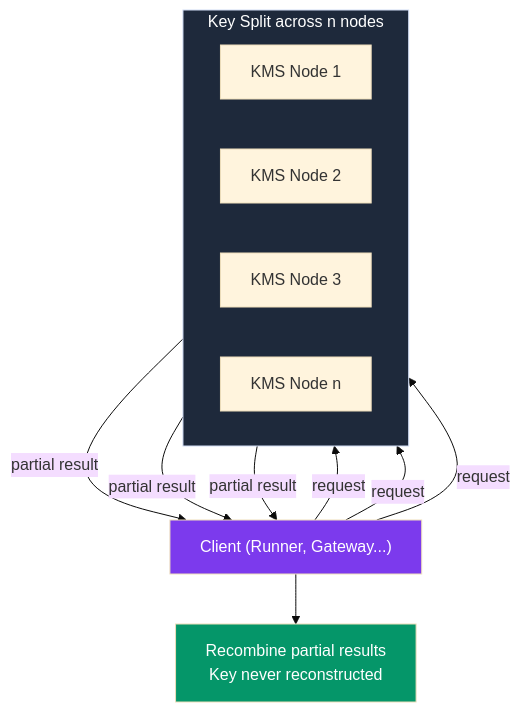
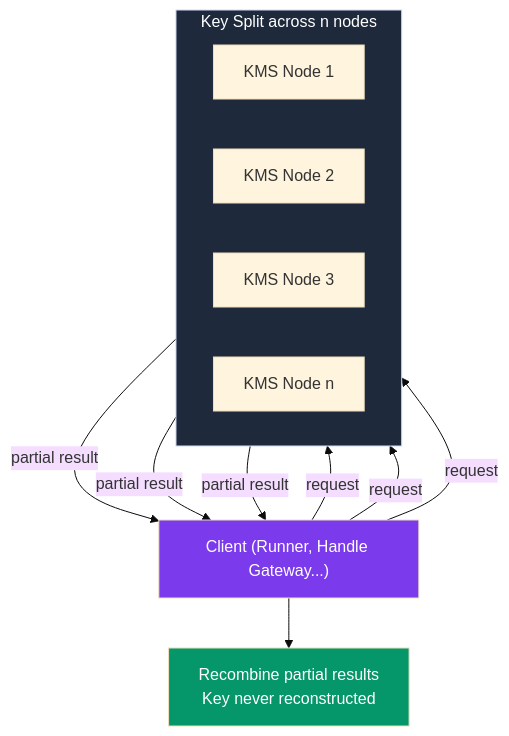
One commit to iExec-Nox/documentation changed the second of 5 diagrams in src/protocol/protocol-vision.md. Above: the diagram before and after it, drawn with Mermaid (base theme). The commit also changed other lines of this file and 11 other files, not shown here.

````diff
--- a/src/protocol/protocol-vision.md
+++ b/src/protocol/protocol-vision.md
@@ -111,26 +111,26 @@
 ```mermaid
 flowchart TB
     subgraph split ["Key Split across n nodes"]
         direction LR
         S1["KMS Node 1"]
         S2["KMS Node 2"]
         S3["KMS Node 3"]
         SN["KMS Node n"]
     end
 
-    Client["Client (Runner, Gateway...)"]
+    Client["Client (Runner, Handle Gateway...)"]
 
     Client --> |request| S1
     Client --> |request| S2
     Client --> |request| S3
 
     S1 --> |partial result| Client
     S2 --> |partial result| Client
     S3 --> |partial result| Client
 
     Client --> OUT["Recombine partial results<br/>Key never reconstructed"]
 
     style split fill:#1e293b,color:#fff
     style Client fill:#7c3aed,color:#fff
     style OUT fill:#059669,color:#fff
 ```
````
